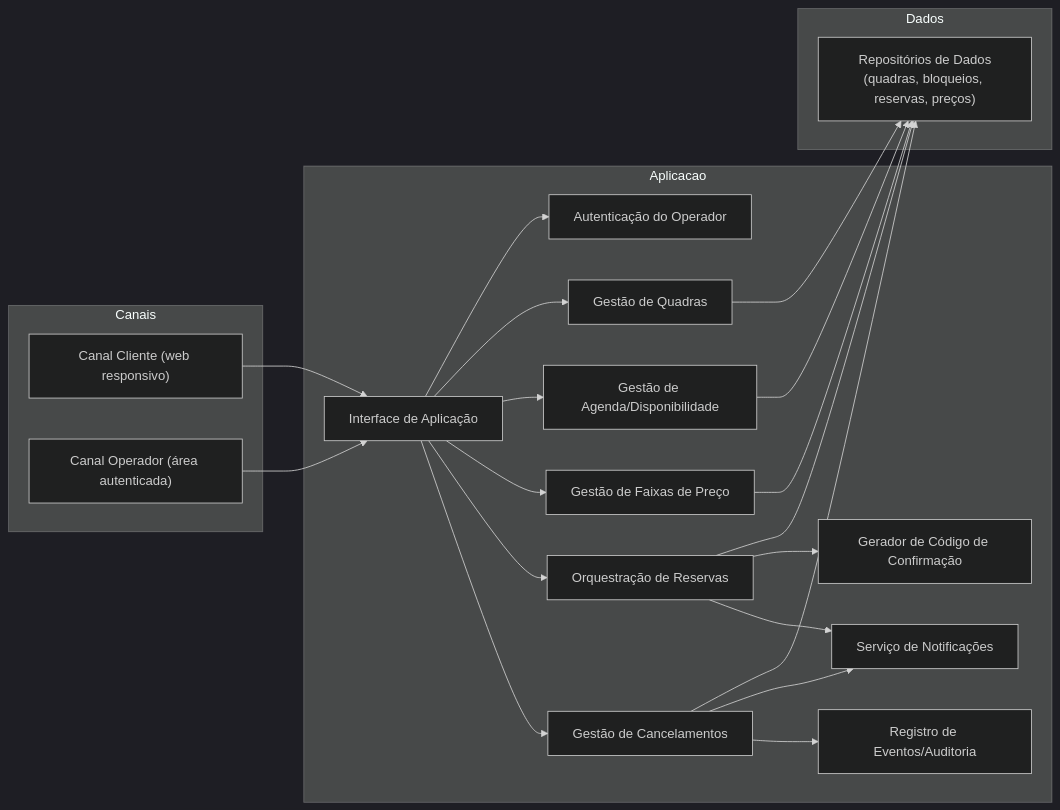
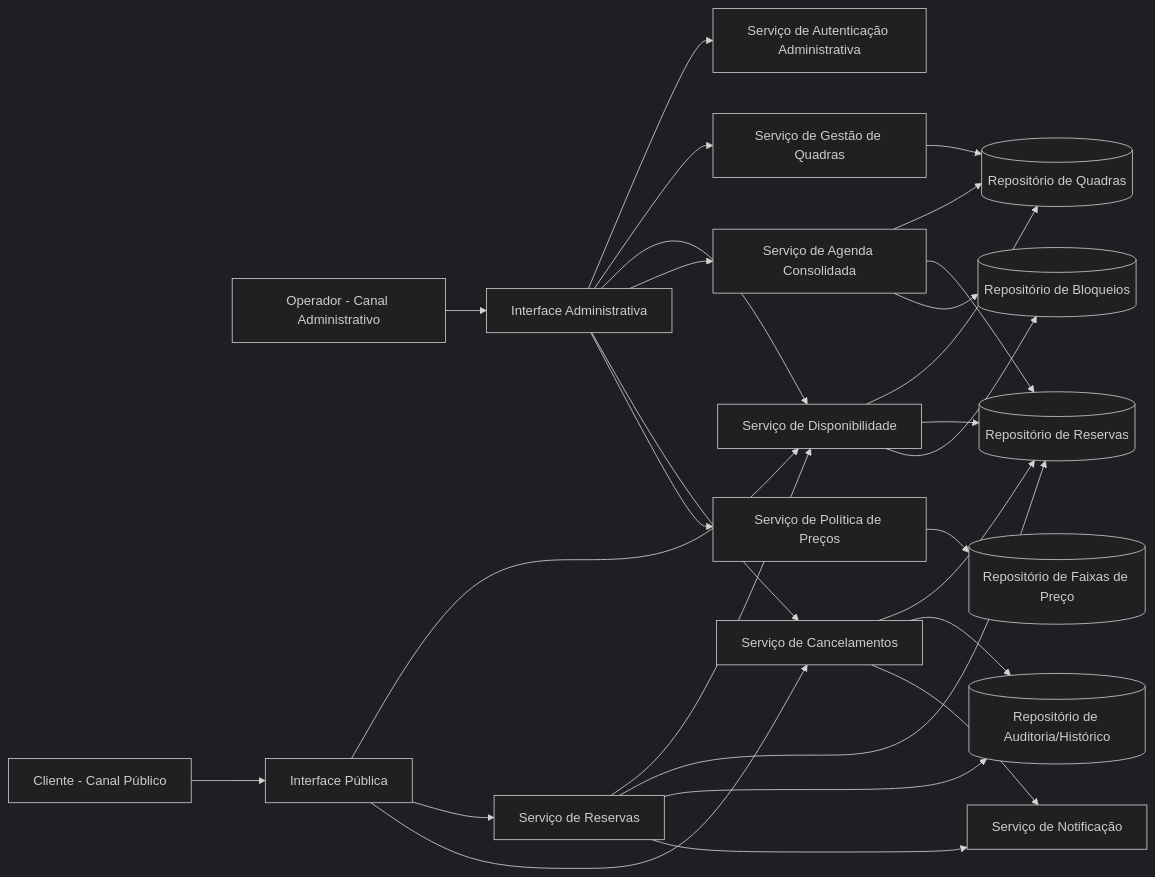
One commit to PDC-ESIA/AI4ES changed the first of 3 diagrams in docs/Time_2_Design/analise-qualitativa/outputs/relatorio_gpt_5_3_codex_P05.md. Above: the diagram before and after it, drawn with Mermaid (dark theme). The commit also changed other lines of this file and 107 other files, not shown here.

````diff
--- a/docs/Time_2_Design/analise-qualitativa/outputs/relatorio_gpt_5_3_codex_P05.md
+++ b/docs/Time_2_Design/analise-qualitativa/outputs/relatorio_gpt_5_3_codex_P05.md
@@ -29,45 +41,55 @@
 ```mermaid
 flowchart LR
-  subgraph Canais
-    ClienteUI["Canal Cliente (web responsivo)"]
-    OperadorUI["Canal Operador (área autenticada)"]
-  end
+    Cliente[Cliente - Canal Público]
+    Operador[Operador - Canal Administrativo]
 
-  subgraph Aplicacao
-    API["Interface de Aplicação"]
-    Auth["Autenticação do Operador"]
-    Quadras["Gestão de Quadras"]
-    Agenda["Gestão de Agenda/Disponibilidade"]
-    Precos["Gestão de Faixas de Preço"]
-    Reservas["Orquestração de Reservas"]
-    Cancelamentos["Gestão de Cancelamentos"]
-    Codigos["Gerador de Código de Confirmação"]
-    Notificacoes["Serviço de Notificações"]
-    Auditoria["Registro de Eventos/Auditoria"]
-  end
+    UI_Publica[Interface Pública]
+    UI_Admin[Interface Administrativa]
 
-  subgraph Dados
-    Repo["Repositórios de Dados\n(quadras, bloqueios, reservas, preços)"]
-  end
+    Auth[Serviço de Autenticação Administrativa]
+    Quadra[Serviço de Gestão de Quadras]
+    Dispon[Serviço de Disponibilidade]
+    Reserva[Serviço de Reservas]
+    Cancel[Serviço de Cancelamentos]
+    Agenda[Serviço de Agenda Consolidada]
+    Notif[Serviço de Notificação]
+    Preco[Serviço de Política de Preços]
 
-  ClienteUI --> API
-  OperadorUI --> API
+    RepoQuadra[(Repositório de Quadras)]
+    RepoReserva[(Repositório de Reservas)]
+    RepoBloqueio[(Repositório de Bloqueios)]
+    RepoPreco[(Repositório de Faixas de Preço)]
+    RepoAudit[(Repositório de Auditoria/Histórico)]
 
-  API --> Auth
-  API --> Quadras
-  API --> Agenda
-  API --> Precos
-  API --> Reservas
-  API --> Cancelamentos
+    Cliente --> UI_Publica
+    Operador --> UI_Admin
 
-  Quadras --> Repo
-  Agenda --> Repo
-  Precos --> Repo
-  Reservas --> Repo
-  Cancelamentos --> Repo
+    UI_Admin --> Auth
+    UI_Admin --> Quadra
+    UI_Admin --> Dispon
+    UI_Admin --> Agenda
+    UI_Admin --> Cancel
+    UI_Admin --> Preco
 
-  Reservas --> Codigos
-  Reservas --> Notificacoes
-  Cancelamentos --> Notificacoes
-  Cancelamentos --> Auditoria
+    UI_Publica --> Dispon
+    UI_Publica --> Reserva
+    UI_Publica --> Cancel
+
+    Quadra --> RepoQuadra
+    Preco --> RepoPreco
+    Dispon --> RepoQuadra
+    Dispon --> RepoReserva
+    Dispon --> RepoBloqueio
+    Reserva --> Dispon
+    Reserva --> RepoReserva
+    Reserva --> RepoAudit
+    Reserva --> Notif
+
+    Cancel --> RepoReserva
+    Cancel --> RepoAudit
+    Cancel --> Notif
+
+    Agenda --> RepoQuadra
+    Agenda --> RepoReserva
+    Agenda --> RepoBloqueio
 ```
````
